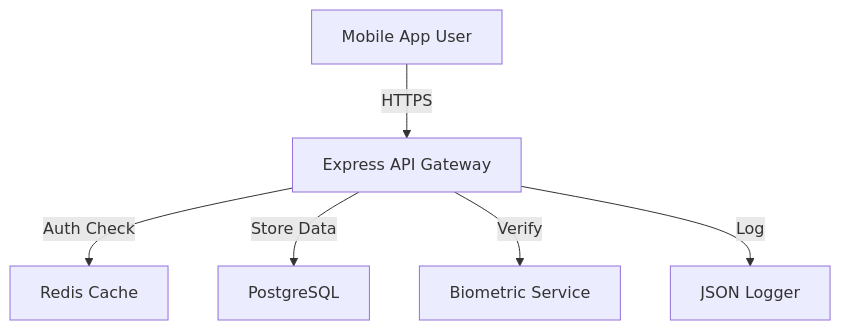
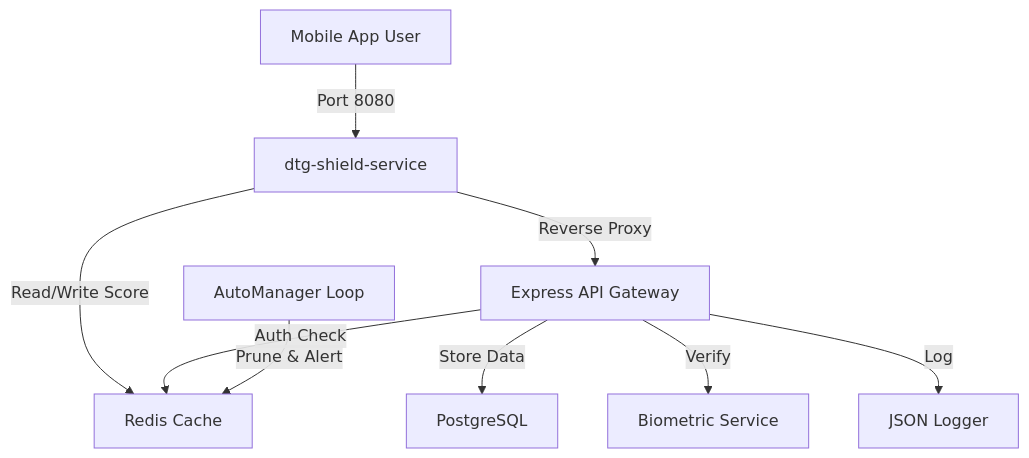
The third of 3 diagrams in README.md (42prom/Democracy-Tools-of-Georgia), drawn with Mermaid before and after one commit. The commit also changed other lines of this file and 14 other files, not shown here.

First line of the commit message:
feat: integrate dtg-shield-service autonomous security shield

````diff
--- a/README.md
+++ b/README.md
@@ -152,8 +157,11 @@
 ```mermaid
 graph TD
-    User[Mobile App User] -->|HTTPS| API[Express API Gateway]
-    API -->|Auth Check| Redis[Redis Cache]
+    User[Mobile App User] -->|Port 8080| Shield[dtg-shield-service]
+    Shield -->|Reverse Proxy| API[Express API Gateway]
+    Shield -->|Read/Write Score| Redis[Redis Cache]
+    API -->|Auth Check| Redis
     API -->|Store Data| DB[PostgreSQL]
     API -->|Verify| Bio[Biometric Service]
     API -->|Log| Logger[JSON Logger]
+    Auto[AutoManager Loop] -->|Prune & Alert| Redis
 ```
````
